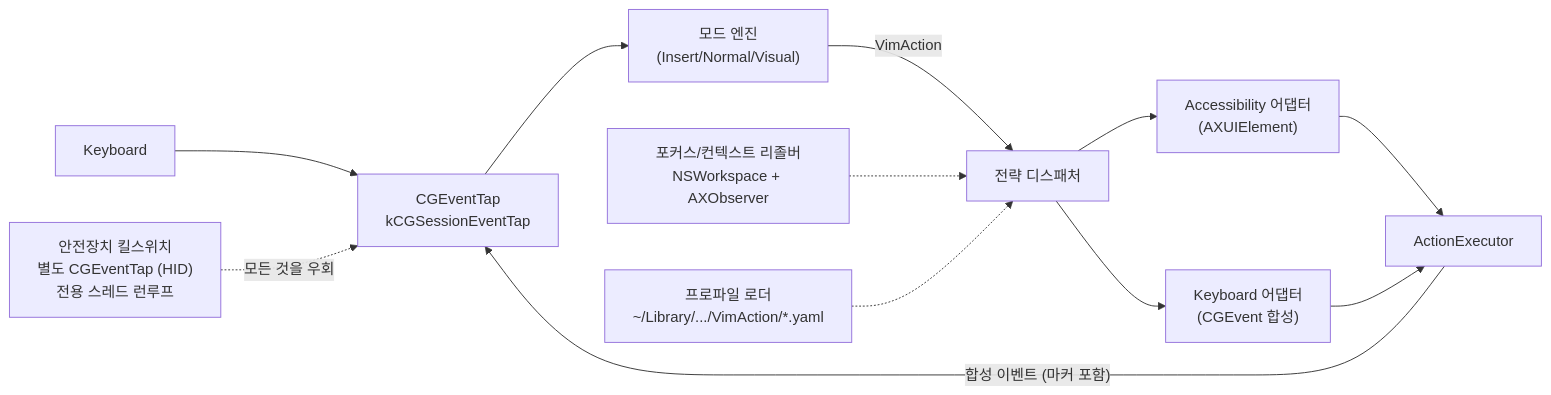
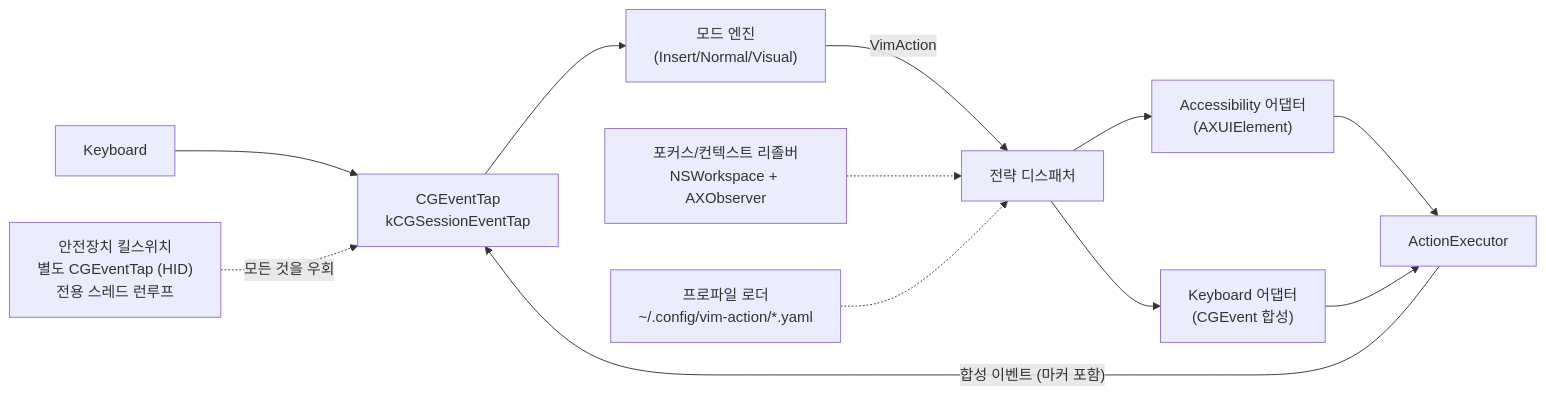
Before and after one commit to pilyang/vim-action: the diagram in .claude/skills/architecture/references/system-overview.md, drawn with Mermaid. The commit also changed other lines of this file and 9 other files, not shown here.

````diff
--- a/.claude/skills/architecture/references/system-overview.md
+++ b/.claude/skills/architecture/references/system-overview.md
@@ -9,15 +9,15 @@
 ```mermaid
 graph LR
     KB[Keyboard] --> Tap[CGEventTap<br/>kCGSessionEventTap]
     Tap --> Engine["모드 엔진<br/>(Insert/Normal/Visual)"]
     Engine -->|VimAction| Dispatcher[전략 디스패처]
     Dispatcher --> AX["Accessibility 어댑터<br/>(AXUIElement)"]
     Dispatcher --> KBD["Keyboard 어댑터<br/>(CGEvent 합성)"]
     AX --> Exec[ActionExecutor]
     KBD --> Exec
     Exec -->|"합성 이벤트 (마커 포함)"| Tap
 
     Resolver["포커스/컨텍스트 리졸버<br/>NSWorkspace + AXObserver"] -.-> Dispatcher
-    Profile["프로파일 로더<br/>~/Library/.../VimAction/*.yaml"] -.-> Dispatcher
+    Profile["프로파일 로더<br/>~/.config/vim-action/*.yaml"] -.-> Dispatcher
     Failsafe["안전장치 킬스위치<br/>별도 CGEventTap (HID)<br/>전용 스레드 런루프"] -.->|모든 것을 우회| Tap
 ```
````
